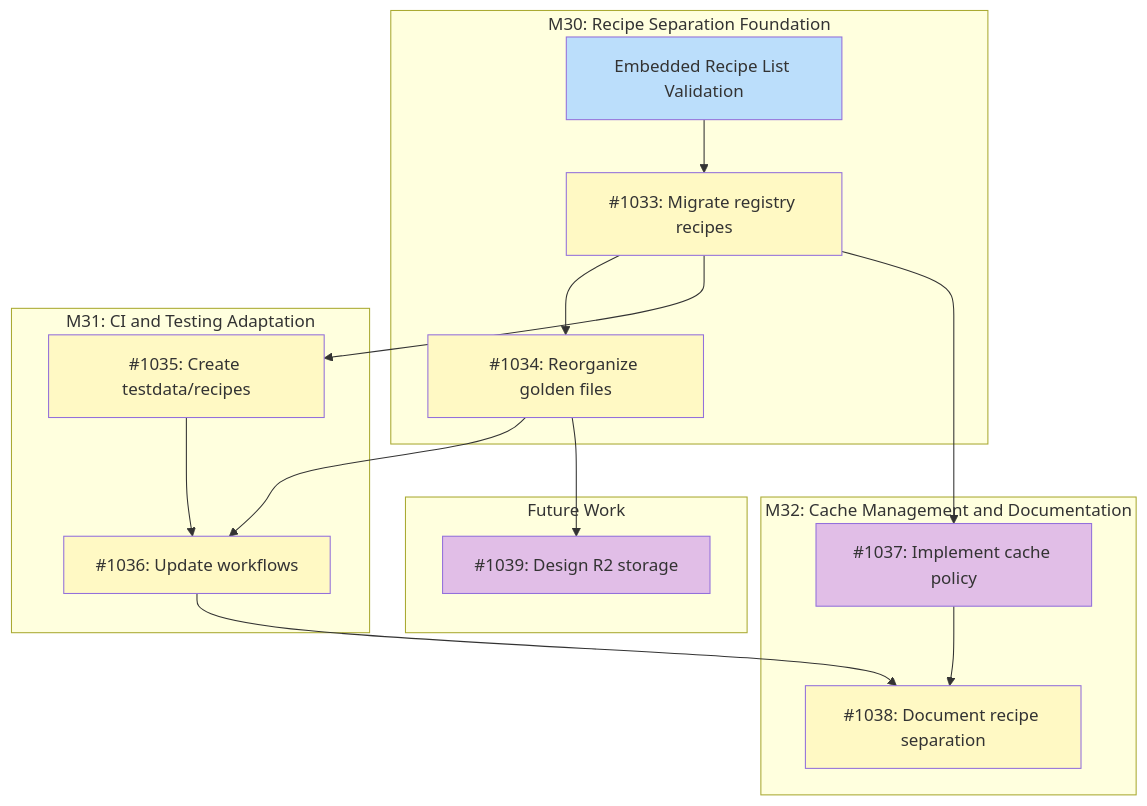
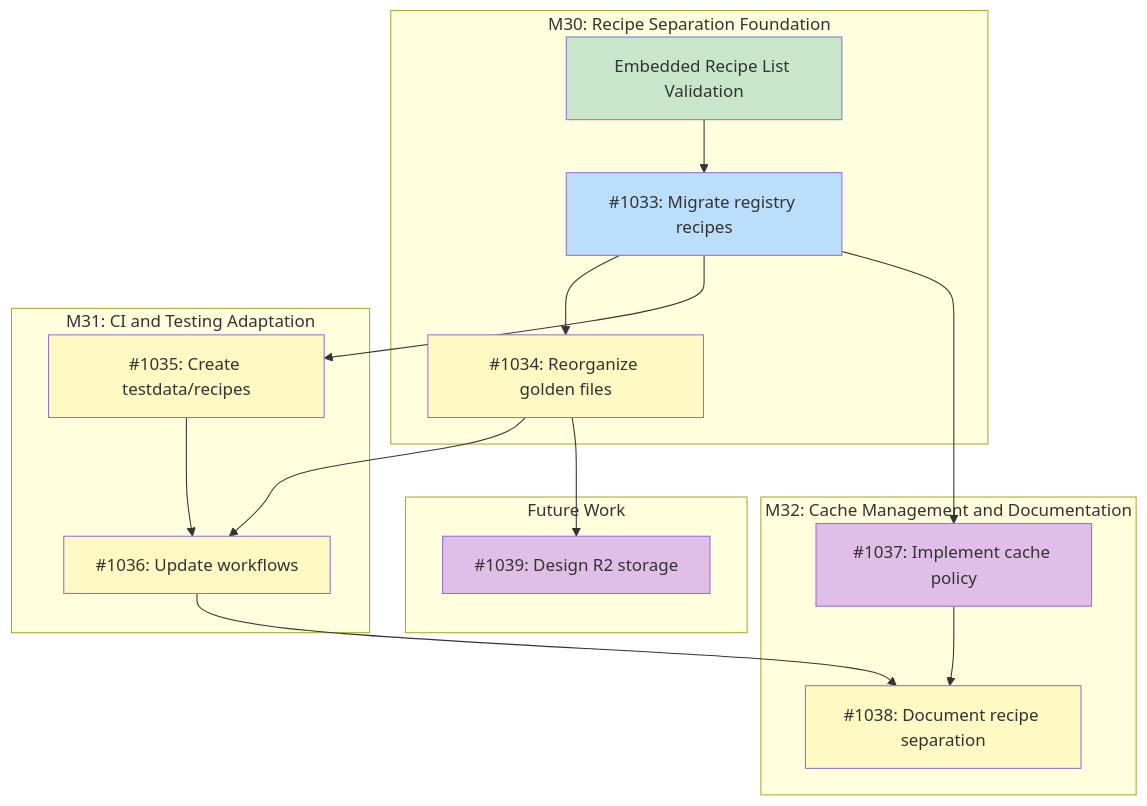
One commit to tsukumogami/tsuku changed the diagram in docs/designs/DESIGN-recipe-registry-separation.md. Above: the diagram before and after it, drawn with Mermaid. The commit also changed 1 other file, not shown here.

Commit message:
docs(milestone): complete M44 - Embedded Recipe List Validation (#1067)
Milestone M44 (Embedded Recipe List Validation) is now complete. This PR
updates design documents to reflect the completion: the tactical design
moves to the current/ directory with status updated to Current, and the
parent strategic design's dependency graph shows M44 as done with its
dependent issue (#1033) now unblocked.

````diff
--- a/docs/designs/DESIGN-recipe-registry-separation.md
+++ b/docs/designs/DESIGN-recipe-registry-separation.md
@@ -46,42 +46,43 @@
 ```mermaid
 graph TD
     subgraph M30["M30: Recipe Separation Foundation"]
         ERLV["Embedded Recipe List Validation"]
         I1033["#1033: Migrate registry recipes"]
         I1034["#1034: Reorganize golden files"]
     end
 
     subgraph M31["M31: CI and Testing Adaptation"]
         I1035["#1035: Create testdata/recipes"]
         I1036["#1036: Update workflows"]
     end
 
     subgraph M32["M32: Cache Management and Documentation"]
         I1037["#1037: Implement cache policy"]
         I1038["#1038: Document recipe separation"]
     end
 
     subgraph Future["Future Work"]
         I1039["#1039: Design R2 storage"]
     end
 
     ERLV --> I1033
     I1033 --> I1034
     I1033 --> I1035
     I1033 --> I1037
     I1034 --> I1036
     I1035 --> I1036
     I1034 --> I1039
     I1036 --> I1038
     I1037 --> I1038
 
     classDef done fill:#c8e6c9
     classDef ready fill:#bbdefb
     classDef blocked fill:#fff9c4
     classDef needsDesign fill:#e1bee7
 
-    class ERLV ready
-    class I1033,I1034,I1035,I1036,I1038 blocked
+    class ERLV done
+    class I1033 ready
+    class I1034,I1035,I1036,I1038 blocked
     class I1037 needsDesign
     class I1039 needsDesign
 ```
````
